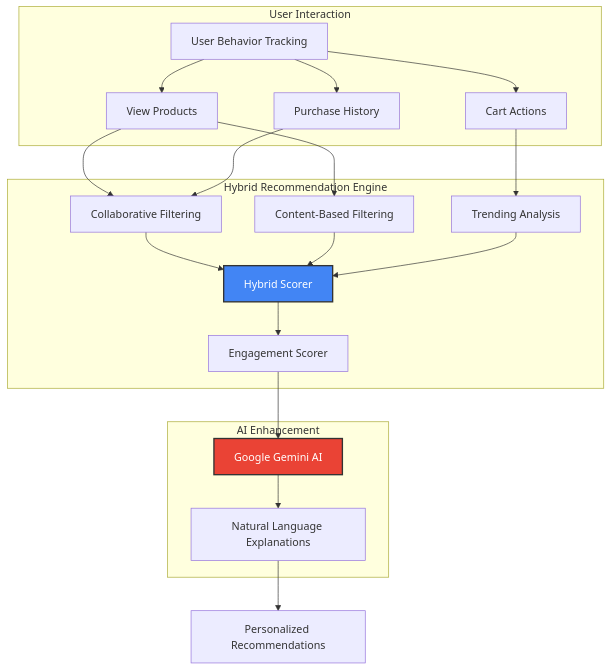
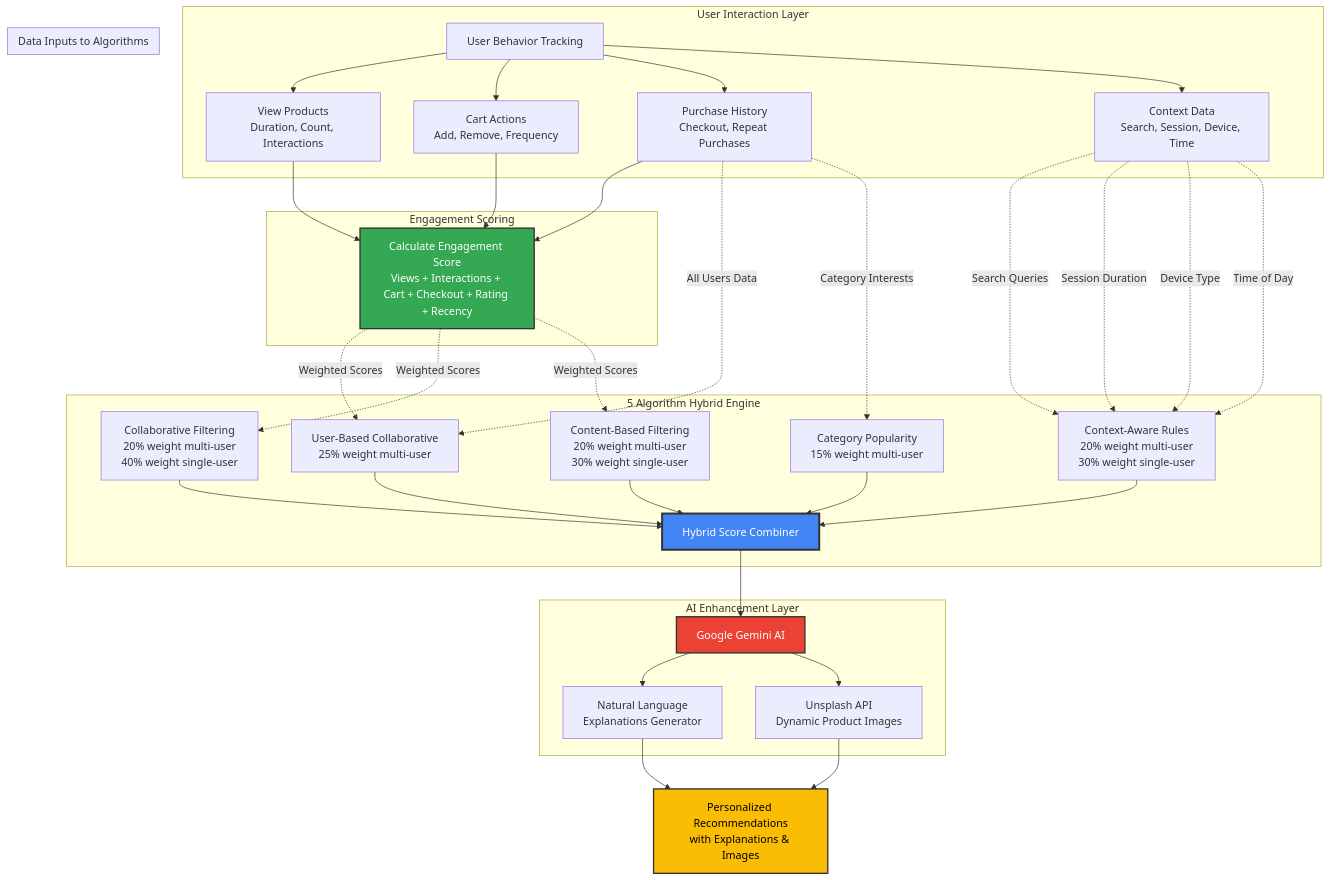
Before and after one commit to Max-Eee/E-commerce-recommender: the diagram in README.md, drawn with Mermaid. The commit also changed other lines of this file and 48 other files, not shown here.

````diff
--- a/README.md
+++ b/README.md
@@ -33,30 +21,70 @@
 ```mermaid
 graph TB
-    subgraph "User Interaction"
-        A1[User Behavior Tracking] --> A2[View Products]
-        A1 --> A3[Cart Actions]
-        A1 --> A4[Purchase History]
+    subgraph "User Interaction Layer"
+        A1[User Behavior Tracking]
+        A2[View Products<br/>Duration, Count, Interactions]
+        A3[Cart Actions<br/>Add, Remove, Frequency]
+        A4[Purchase History<br/>Checkout, Repeat Purchases]
+        A5[Context Data<br/>Search, Session, Device, Time]
+        
+        A1 --> A2
+        A1 --> A3
+        A1 --> A4
+        A1 --> A5
     end
     
-    subgraph "Hybrid Recommendation Engine"
-        B1[Collaborative Filtering] --> B4[Hybrid Scorer]
-        B2[Content-Based Filtering] --> B4
-        B3[Trending Analysis] --> B4
-        B4 --> B5[Engagement Scorer]
+    subgraph "Engagement Scoring"
+        E1[Calculate Engagement Score<br/>Views + Interactions + Cart + Checkout + Rating + Recency]
+        A2 --> E1
+        A3 --> E1
+        A4 --> E1
     end
     
-    subgraph "AI Enhancement"
-        C1[Google Gemini AI] --> C2[Natural Language Explanations]
+    subgraph "5 Algorithm Hybrid Engine"
+        B1[User-Based Collaborative<br/>25% weight multi-user]
+        B2[Collaborative Filtering<br/>20% weight multi-user<br/>40% weight single-user]
+        B3[Content-Based Filtering<br/>20% weight multi-user<br/>30% weight single-user]
+        B4[Context-Aware Rules<br/>20% weight multi-user<br/>30% weight single-user]
+        B5[Category Popularity<br/>15% weight multi-user]
+        
+        B6[Hybrid Score Combiner]
+        
+        B1 --> B6
+        B2 --> B6
+        B3 --> B6
+        B4 --> B6
+        B5 --> B6
     end
     
-    A2 --> B1
-    A2 --> B2
-    A3 --> B3
-    A4 --> B1
+    subgraph "Data Inputs to Algorithms"
+        E1 -.Weighted Scores.-> B1
+        E1 -.Weighted Scores.-> B2
+        E1 -.Weighted Scores.-> B3
+        
+        A5 -.Search Queries.-> B4
+        A5 -.Session Duration.-> B4
+        A5 -.Device Type.-> B4
+        A5 -.Time of Day.-> B4
+        
+        A4 -.All Users Data.-> B1
+        A4 -.Category Interests.-> B5
+    end
     
-    B5 --> C1
-    C2 --> D1[Personalized Recommendations]
+    subgraph "AI Enhancement Layer"
+        C1[Google Gemini AI]
+        C2[Natural Language<br/>Explanations Generator]
+        C3[Unsplash API<br/>Dynamic Product Images]
+        
+        C1 --> C2
+        C1 --> C3
+    end
     
-    style B4 fill:#4285F4,stroke:#333,stroke-width:2px,color:#fff
+    B6 --> C1
+    C2 --> D1[Personalized Recommendations<br/>with Explanations & Images]
+    C3 --> D1
+    
+    style B6 fill:#4285F4,stroke:#333,stroke-width:3px,color:#fff
+    style E1 fill:#34A853,stroke:#333,stroke-width:2px,color:#fff
     style C1 fill:#EA4335,stroke:#333,stroke-width:2px,color:#fff
+    style D1 fill:#FBBC04,stroke:#333,stroke-width:2px,color:#000
 ```
````
